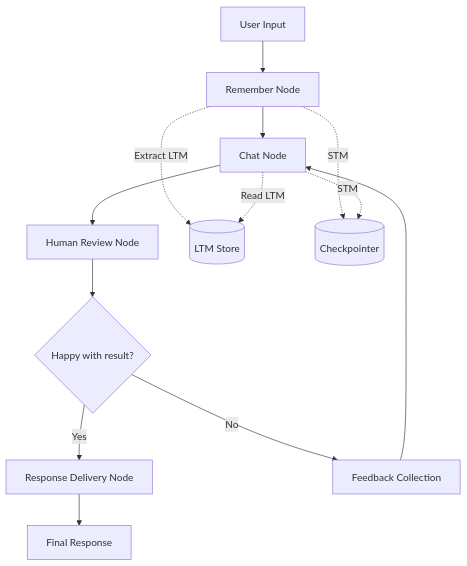
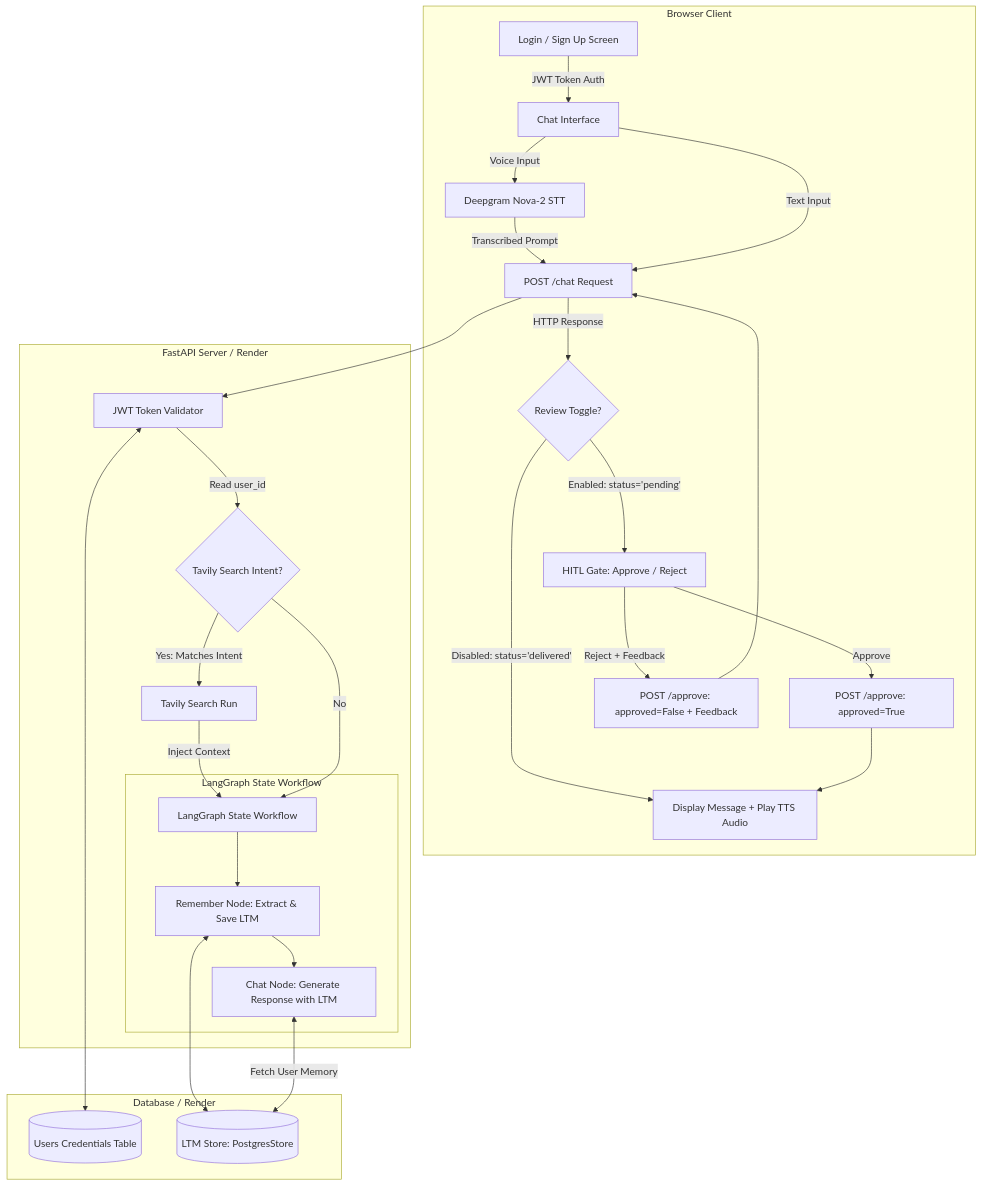
The diagram in voice-chatbot-hitl/README.md (Akshu24Tech/Lang-Graph), drawn with Mermaid before and after one commit. The commit also changed other lines of this file and 29 other files, not shown here.

Commit message:
feat(architecture): upgrade to production FastAPI, LangGraph HITL, PostgreSQL LTM & security best practices

````diff
--- a/voice-chatbot-hitl/README.md
+++ b/voice-chatbot-hitl/README.md
@@ -98,16 +25,36 @@
 ```mermaid
-graph TD
-    A[User Input] --> B[Remember Node]
-    B --> C[Chat Node]
-    C --> D[Human Review Node]
-    D --> E{Happy with result?}
-    E -->|Yes| F[Response Delivery Node]
-    E -->|No| G[Feedback Collection]
-    G --> C
-    F --> H[Final Response]
-    
-    B -.Extract LTM.-> I[(LTM Store)]
-    C -.Read LTM.-> I
-    B -.STM.-> J[(Checkpointer)]
-    C -.STM.-> J
+flowchart TD
+    subgraph Frontend [Browser Client]
+        A[Login / Sign Up Screen] -->|JWT Token Auth| B[Chat Interface]
+        B -->|Voice Input| STT[Deepgram Nova-2 STT]
+        STT -->|Transcribed Prompt| C[POST /chat Request]
+        B -->|Text Input| C
+        
+        C -->|HTTP Response| D{Review Toggle?}
+        D -->|Enabled: status='pending'| Gate[HITL Gate: Approve / Reject]
+        Gate -->|Approve| Approve[POST /approve: approved=True]
+        Gate -->|Reject + Feedback| Reject[POST /approve: approved=False + Feedback]
+        D -->|Disabled: status='delivered'| Delivery[Display Message + Play TTS Audio]
+        Approve --> Delivery
+        Reject --> C
+    end
+
+    subgraph Backend [FastAPI Server / Render]
+        C --> Auth[JWT Token Validator]
+        Auth -->|Read user_id| Intent{Tavily Search Intent?}
+        Intent -->|Yes: Matches Intent| Tavily[Tavily Search Run]
+        Tavily -->|Inject Context| LGraph[LangGraph State Workflow]
+        Intent -->|No| LGraph
+        
+        subgraph LangGraph State Workflow [LangGraph State Workflow]
+            LGraph --> Remember[Remember Node: Extract & Save LTM]
+            Remember --> Chat[Chat Node: Generate Response with LTM]
+        end
+    end
+
+    subgraph Storage [Database / Render]
+        Auth <--> UsersDB[(Users Credentials Table)]
+        Remember <--> LTMStore[(LTM Store: PostgresStore)]
+        Chat <-- Fetch User Memory --> LTMStore
+    end
 ```
````
